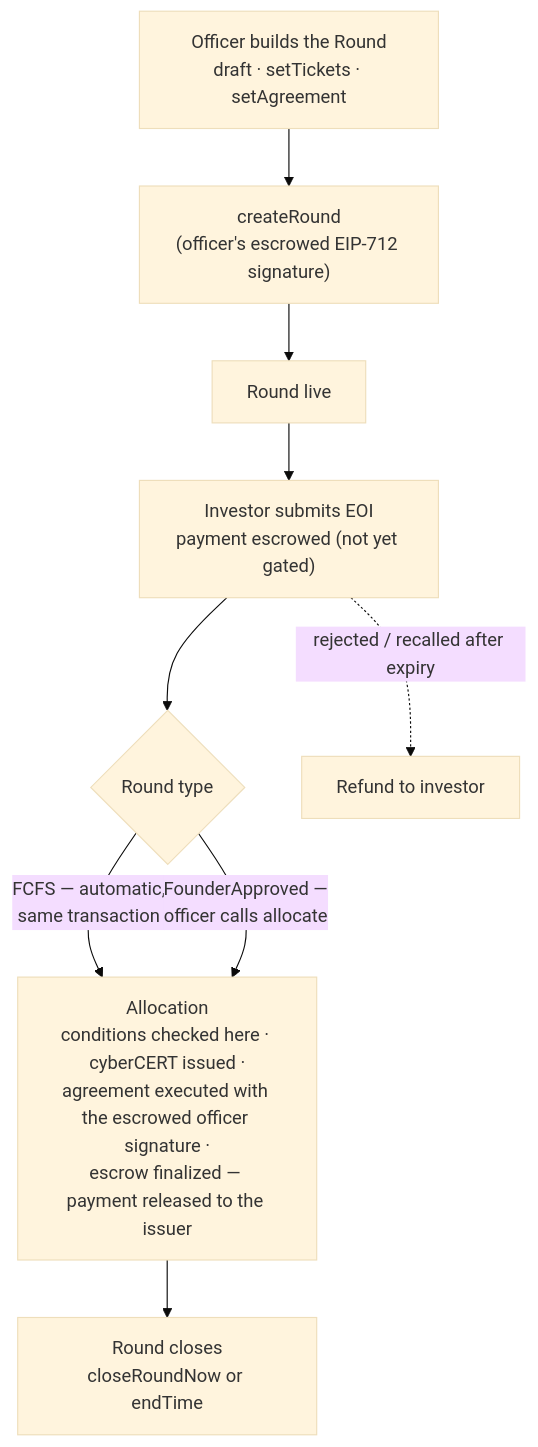
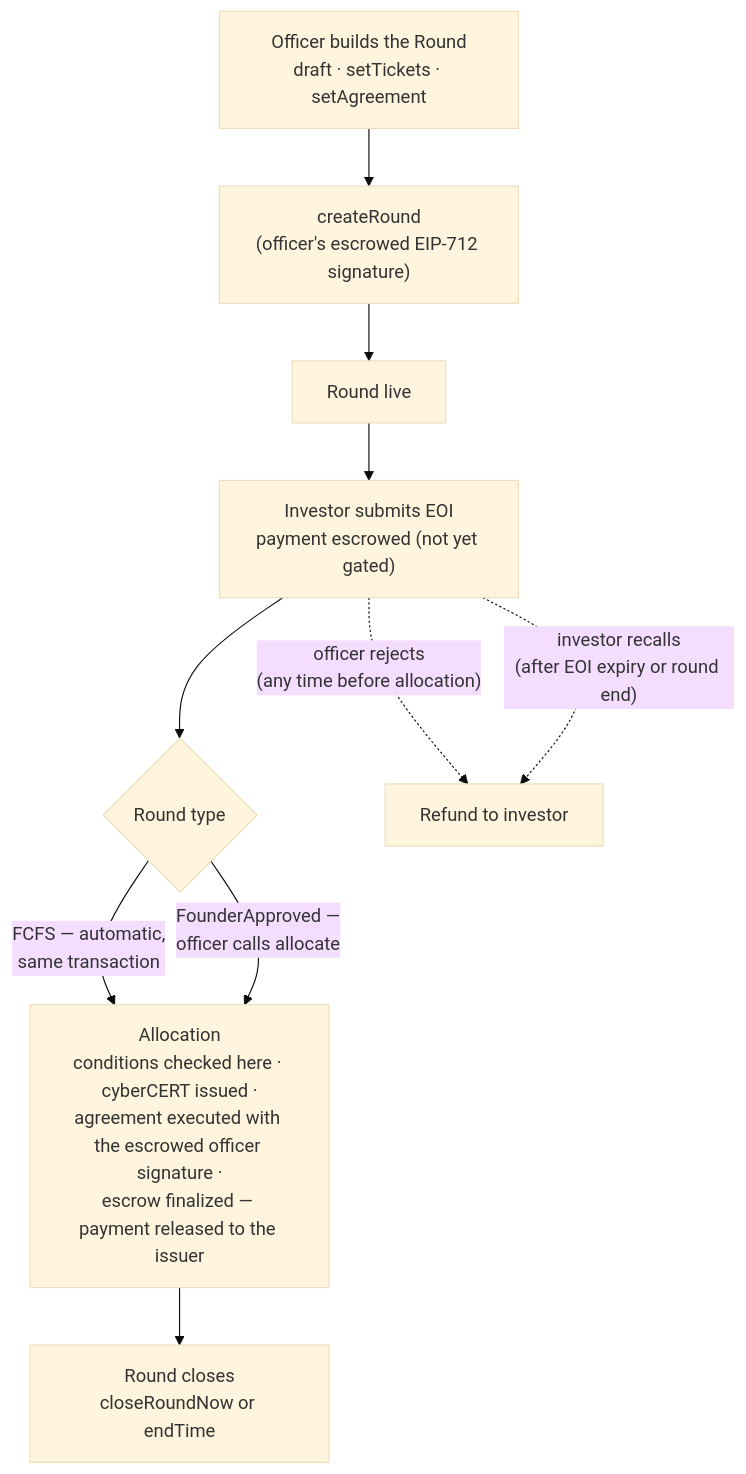
Before and after one commit to MetaLex-Tech/cybercorps-contracts: the diagram in docs/tutorials/run-a-cyberraise-round.md, drawn with Mermaid (base theme).

Commit message:
docs: round diagram — split immediate officer rejection from expiry-gated recall

````diff
--- a/docs/tutorials/run-a-cyberraise-round.md
+++ b/docs/tutorials/run-a-cyberraise-round.md
@@ -16,11 +16,12 @@
 ```mermaid
 flowchart TD
     A["Officer builds the Round<br/>draft · setTickets · setAgreement"] --> B["createRound<br/>(officer's escrowed EIP-712 signature)"]
     B --> C["Round live"]
     C --> D["Investor submits EOI<br/>payment escrowed (not yet gated)"]
     D --> E{Round type}
     E -- "FCFS — automatic,<br/>same transaction" --> G["Allocation<br/>conditions checked here · cyberCERT issued ·<br/>agreement executed with the escrowed officer signature ·<br/>escrow finalized — payment released to the issuer"]
     E -- "FounderApproved —<br/>officer calls allocate" --> G
-    D -. "rejected / recalled after expiry" .-> R["Refund to investor"]
+    D -. "officer rejects<br/>(any time before allocation)" .-> R["Refund to investor"]
+    D -. "investor recalls<br/>(after EOI expiry or round end)" .-> R
     G --> I["Round closes<br/>closeRoundNow or endTime"]
 ```
````
